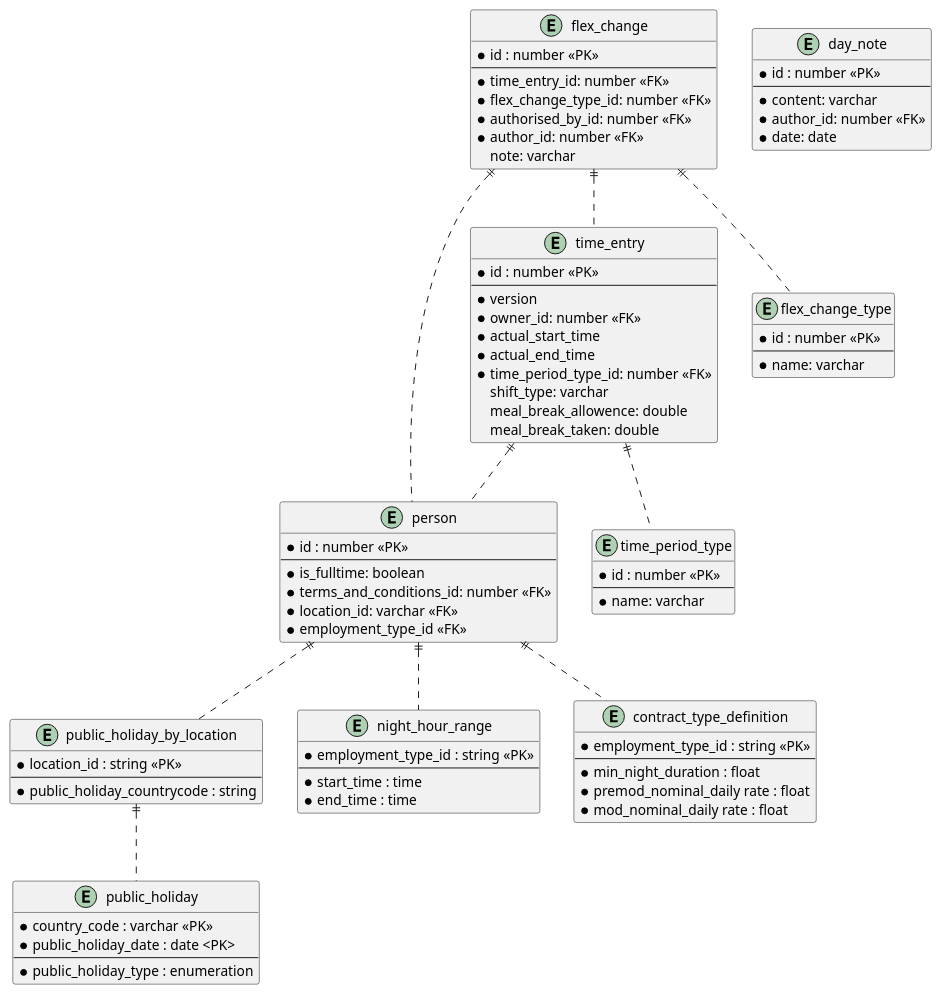
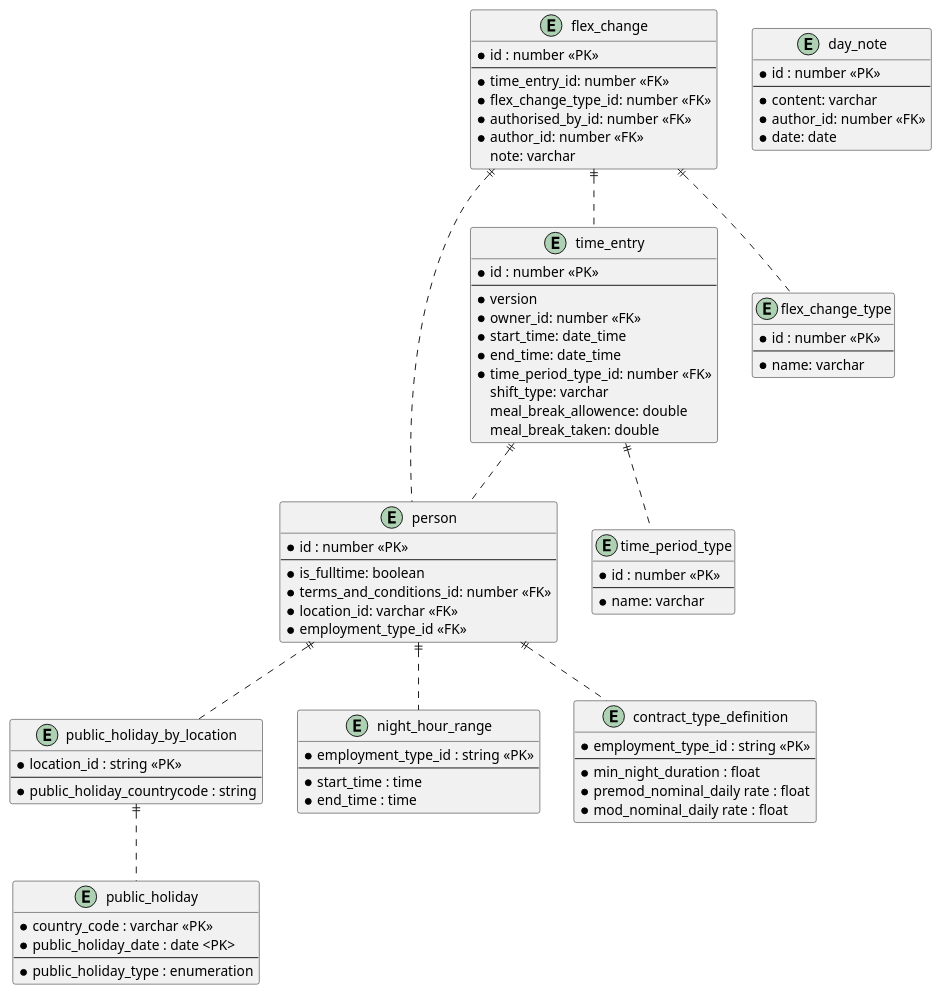
The diagram in docs/storage-model.puml (UKHomeOffice/callisto-timecard-restapi), drawn with PlantUML before and after one commit.

Commit message:
EAHW-1249 - updated property names

```diff
--- a/docs/storage-model.puml
+++ b/docs/storage-model.puml
@@ -1,93 +1,93 @@
 @startuml
 
 entity person {
   * id : number <<PK>>
   --
   * is_fulltime: boolean 
   * terms_and_conditions_id: number <<FK>>
   * location_id: varchar <<FK>>
   * employment_type_id <<FK>>
 }
 
 entity time_entry {
   * id : number <<PK>>
   --
   * version
   * owner_id: number <<FK>>
-  * actual_start_time
-  * actual_end_time
+  * start_time: date_time
+  * end_time: date_time
   * time_period_type_id: number <<FK>>  
   shift_type: varchar
   meal_break_allowence: double
   meal_break_taken: double
 }
 
 entity day_note {
   * id : number <<PK>>
   --
   * content: varchar
   * author_id: number <<FK>>
   * date: date
 }
 
 entity flex_change {
   * id : number <<PK>>
   --
   * time_entry_id: number <<FK>>
   * flex_change_type_id: number <<FK>>
   * authorised_by_id: number <<FK>>
   * author_id: number <<FK>>
   note: varchar
 }
 
 entity time_period_type {
   * id : number <<PK>>
   --
   * name: varchar
 }
 
 entity flex_change_type {
   * id : number <<PK>>
   --
   * name: varchar
 }
 
 entity public_holiday_by_location {
   * location_id : string <<PK>>
   --
   * public_holiday_countrycode : string
 }
 
 entity public_holiday {
   * country_code : varchar <<PK>>
   * public_holiday_date : date <PK>
   --
   * public_holiday_type : enumeration
 }
 
 entity night_hour_range {
   * employment_type_id : string <<PK>>
   --
   * start_time : time
   * end_time : time
 }
 
 entity contract_type_definition {
   * employment_type_id : string <<PK>>
   --
   * min_night_duration : float
   * premod_nominal_daily rate : float
   * mod_nominal_daily rate : float
 }
 
 time_entry ||.. person
 time_entry ||.. time_period_type
 flex_change ||.. time_entry
 flex_change ||.. person
 flex_change ||.. flex_change_type
 person ||.. night_hour_range
 person ||.. contract_type_definition
 person ||.. public_holiday_by_location
 public_holiday_by_location ||.. public_holiday
 
 @enduml
```
